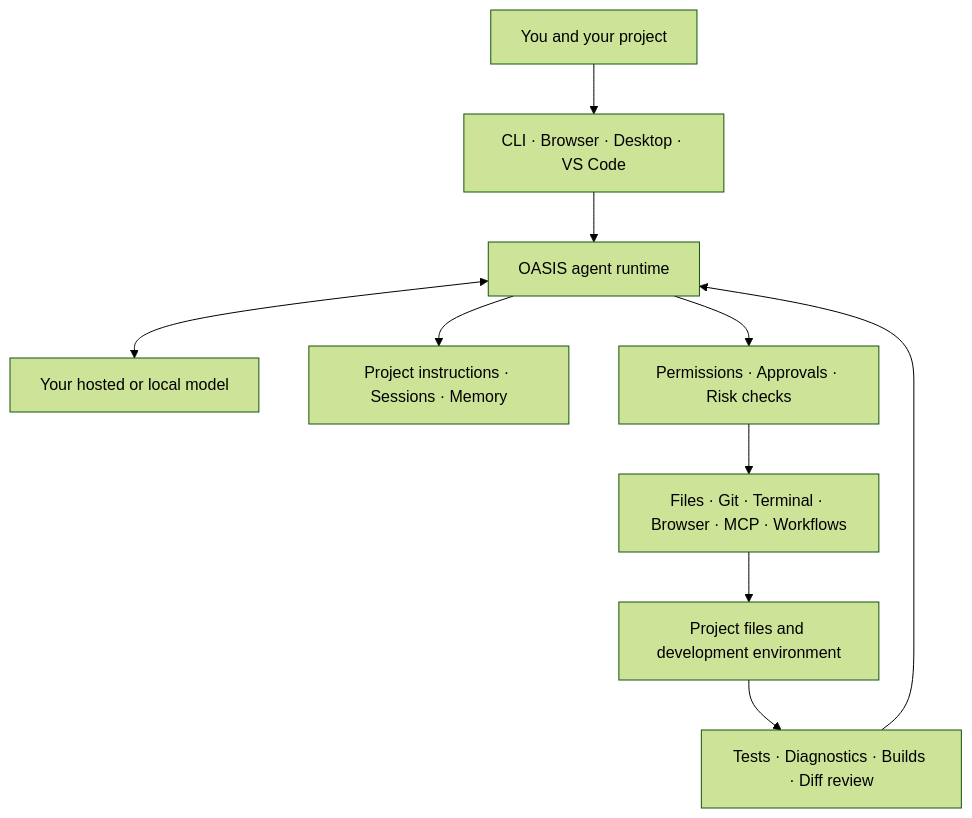
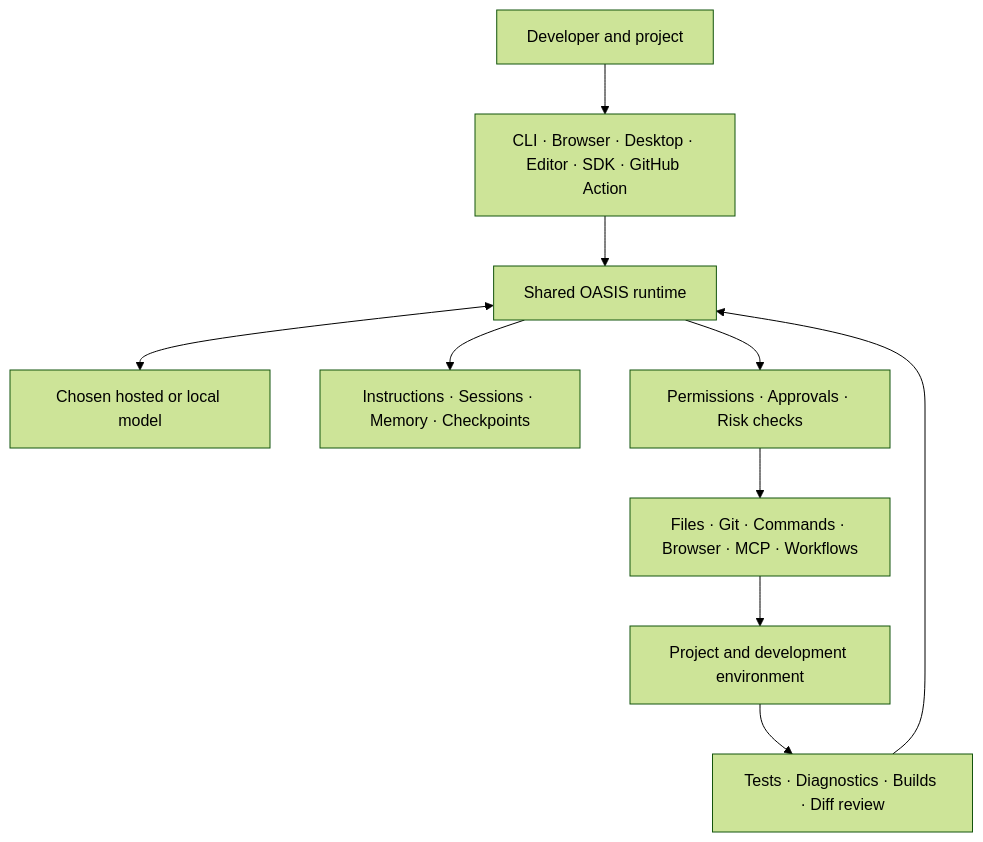
Before and after one commit to FAHTHIZ/oasis: the diagram in README.md, drawn with Mermaid (forest theme). The commit also changed other lines of this file, not shown here.

Commit message:
docs: reposition OASIS as a 1.0 release candidate

````diff
--- a/README.md
+++ b/README.md
@@ -114,12 +90,12 @@
 ```mermaid
 flowchart TD
-    User["You and your project"] --> UI["CLI · Browser · Desktop · VS Code"]
-    UI --> Runtime["OASIS agent runtime"]
-    Runtime <--> Model["Your hosted or local model"]
-    Runtime --> Context["Project instructions · Sessions · Memory"]
+    User["Developer and project"] --> Surfaces["CLI · Browser · Desktop · Editor · SDK · GitHub Action"]
+    Surfaces --> Runtime["Shared OASIS runtime"]
+    Runtime <--> Model["Chosen hosted or local model"]
+    Runtime --> Context["Instructions · Sessions · Memory · Checkpoints"]
     Runtime --> Policy["Permissions · Approvals · Risk checks"]
-    Policy --> Tools["Files · Git · Terminal · Browser · MCP · Workflows"]
-    Tools --> Project["Project files and development environment"]
+    Policy --> Tools["Files · Git · Commands · Browser · MCP · Workflows"]
+    Tools --> Project["Project and development environment"]
     Project --> Verify["Tests · Diagnostics · Builds · Diff review"]
     Verify --> Runtime
 ```
````
